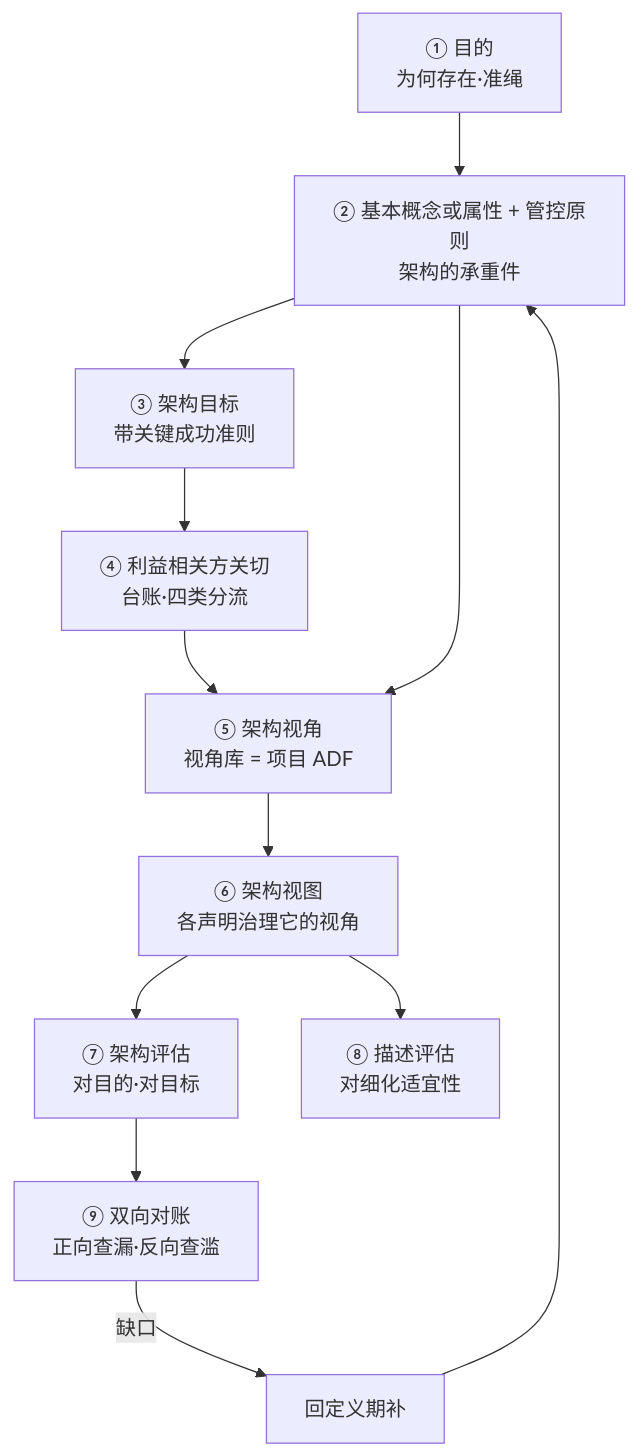
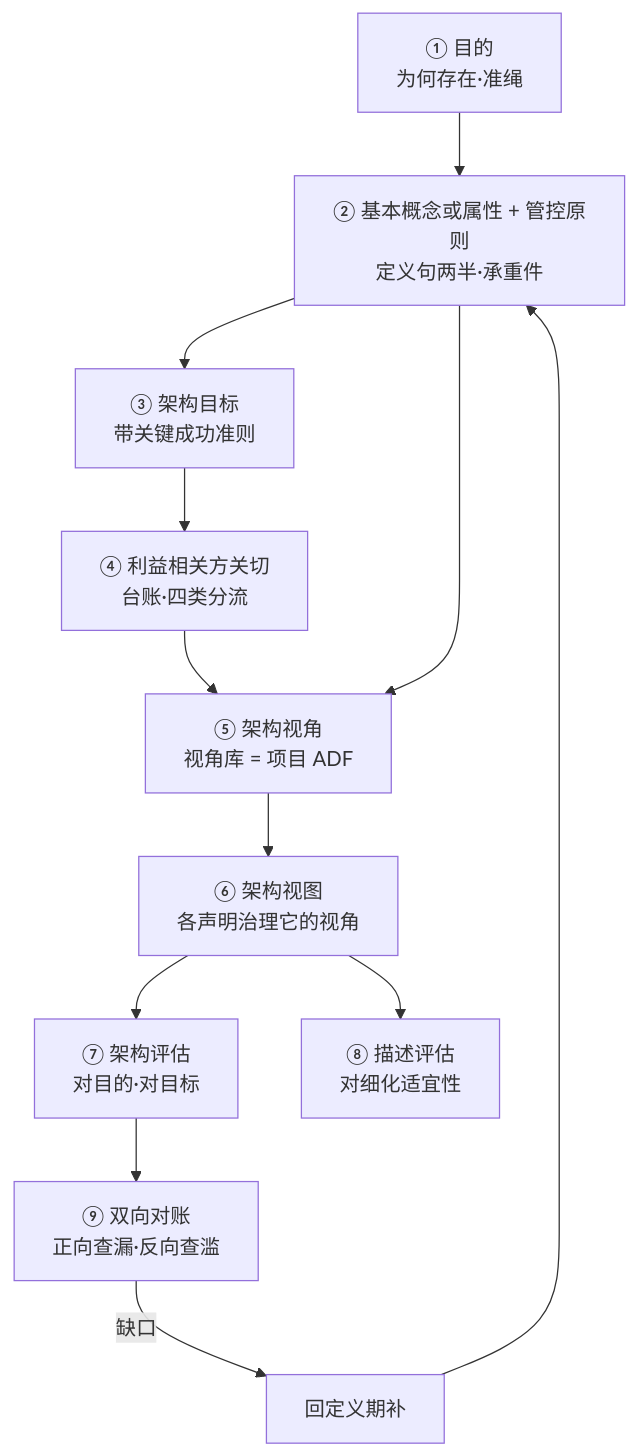
Before and after one commit to Yongjunzhou/AOS-system-design: the diagram in 100-subprojects/01-系统工程研究/03-架构师是个怎样的物种/15-第15章-架构定义落地-从目的到架构视图.md, drawn with Mermaid. The commit also changed other lines of this file and 177 other files, not shown here.

````diff
--- a/100-subprojects/01-系统工程研究/03-架构师是个怎样的物种/15-第15章-架构定义落地-从目的到架构视图.md
+++ b/100-subprojects/01-系统工程研究/03-架构师是个怎样的物种/15-第15章-架构定义落地-从目的到架构视图.md
@@ -78,14 +78,14 @@
 ```mermaid
 flowchart TD
-    P["① 目的<br/>为何存在·准绳"] --> D["② 基本概念或属性 + 管控原则<br/>架构的承重件"]
+    P["① 目的<br/>为何存在·准绳"] --> D["② 基本概念或属性 + 管控原则<br/>定义句两半·承重件"]
     D --> O["③ 架构目标<br/>带关键成功准则"]
     O --> C["④ 利益相关方关切<br/>台账·四类分流"]
     C --> VP["⑤ 架构视角<br/>视角库 = 项目 ADF"]
     D --> VP
     VP --> V["⑥ 架构视图<br/>各声明治理它的视角"]
     V --> EV["⑦ 架构评估<br/>对目的·对目标"]
     V --> EV2["⑧ 描述评估<br/>对细化适宜性"]
     EV --> CK["⑨ 双向对账<br/>正向查漏·反向查滥"]
     CK -->|"缺口"| FIX["回定义期补"]
     FIX --> D
 ```
````
